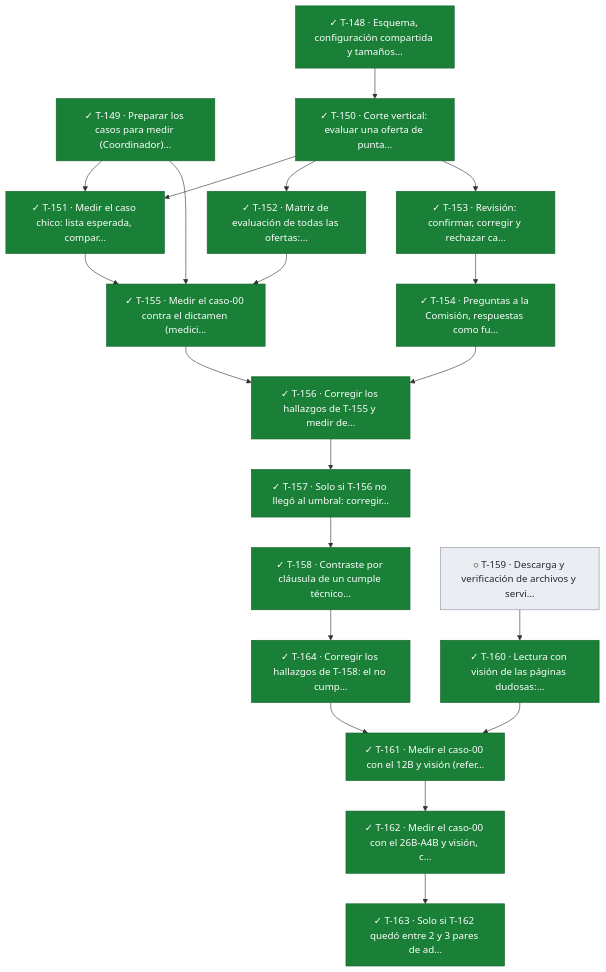
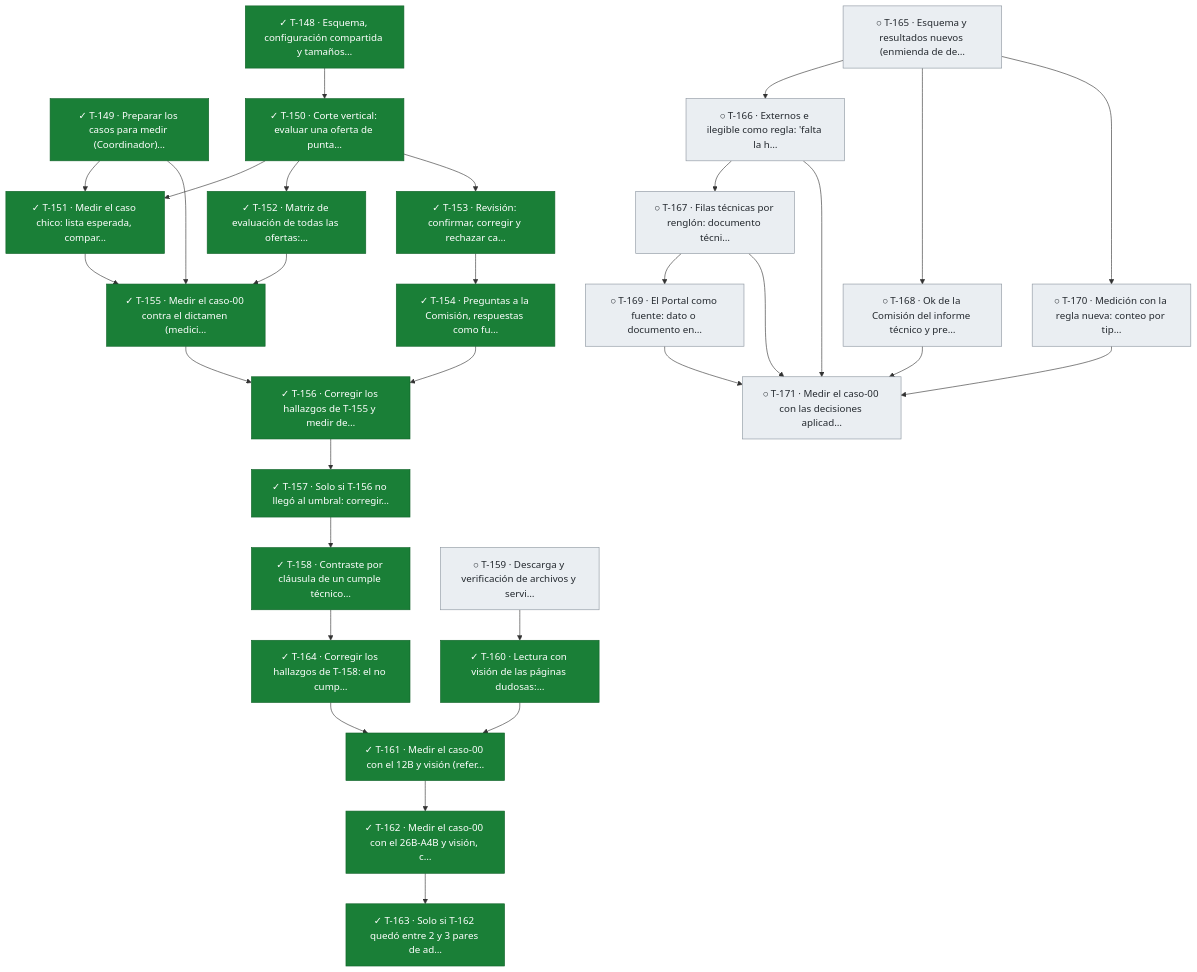
Before and after one commit to snavello/EVALUON: the seventh of 11 diagrams in docs/tablero.md, drawn with Mermaid. The commit also changed other lines of this file and 4 other files, not shown here.

Commit message:
gestión: decisiones literales del responsable en la spec 004, enmienda del plan, ADR-0043 y tareas T-165 a T-171

````diff
--- a/docs/tablero.md
+++ b/docs/tablero.md
@@ -692,44 +699,61 @@
 ```mermaid
 flowchart TD
   T148["✓ T-148 · Esquema, configuración compartida y tamaños…"]:::done
   T149["✓ T-149 · Preparar los casos para medir (Coordinador)…"]:::done
   T150["✓ T-150 · Corte vertical: evaluar una oferta de punta…"]:::done
   T151["✓ T-151 · Medir el caso chico: lista esperada, compar…"]:::done
   T152["✓ T-152 · Matriz de evaluación de todas las ofertas:…"]:::done
   T153["✓ T-153 · Revisión: confirmar, corregir y rechazar ca…"]:::done
   T154["✓ T-154 · Preguntas a la Comisión, respuestas como fu…"]:::done
   T155["✓ T-155 · Medir el caso-00 contra el dictamen (medici…"]:::done
   T156["✓ T-156 · Corregir los hallazgos de T-155 y medir de…"]:::done
   T157["✓ T-157 · Solo si T-156 no llegó al umbral: corregir…"]:::done
   T158["✓ T-158 · Contraste por cláusula de un cumple técnico…"]:::done
   T164["✓ T-164 · Corregir los hallazgos de T-158: el no cump…"]:::done
   T159["○ T-159 · Descarga y verificación de archivos y servi…"]:::todo
   T160["✓ T-160 · Lectura con visión de las páginas dudosas:…"]:::done
   T161["✓ T-161 · Medir el caso-00 con el 12B y visión (refer…"]:::done
   T162["✓ T-162 · Medir el caso-00 con el 26B-A4B y visión, c…"]:::done
   T163["✓ T-163 · Solo si T-162 quedó entre 2 y 3 pares de ad…"]:::done
+  T165["○ T-165 · Esquema y resultados nuevos (enmienda de de…"]:::todo
+  T166["○ T-166 · Externos e ilegible como regla: 'falta la h…"]:::todo
+  T167["○ T-167 · Filas técnicas por renglón: documento técni…"]:::todo
+  T168["○ T-168 · Ok de la Comisión del informe técnico y pre…"]:::todo
+  T169["○ T-169 · El Portal como fuente: dato o documento en…"]:::todo
+  T170["○ T-170 · Medición con la regla nueva: conteo por tip…"]:::todo
+  T171["○ T-171 · Medir el caso-00 con las decisiones aplicad…"]:::todo
   T148 --> T150
   T149 --> T151
   T150 --> T151
   T150 --> T152
   T150 --> T153
   T153 --> T154
   T149 --> T155
   T151 --> T155
   T152 --> T155
   T154 --> T156
   T155 --> T156
   T156 --> T157
   T157 --> T158
   T158 --> T164
   T159 --> T160
   T160 --> T161
   T164 --> T161
   T161 --> T162
   T162 --> T163
+  T165 --> T166
+  T166 --> T167
+  T165 --> T168
+  T167 --> T169
+  T165 --> T170
+  T166 --> T171
+  T167 --> T171
+  T168 --> T171
+  T169 --> T171
+  T170 --> T171
   classDef done fill:#1a7f37,stroke:#116329,color:#ffffff
   classDef review fill:#0969da,stroke:#0550ae,color:#ffffff
   classDef active fill:#bf8700,stroke:#7d4e00,color:#ffffff
   classDef blocked fill:#cf222e,stroke:#a40e26,color:#ffffff
   classDef todo fill:#eaeef2,stroke:#8c959f,color:#24292f
 ```
````
